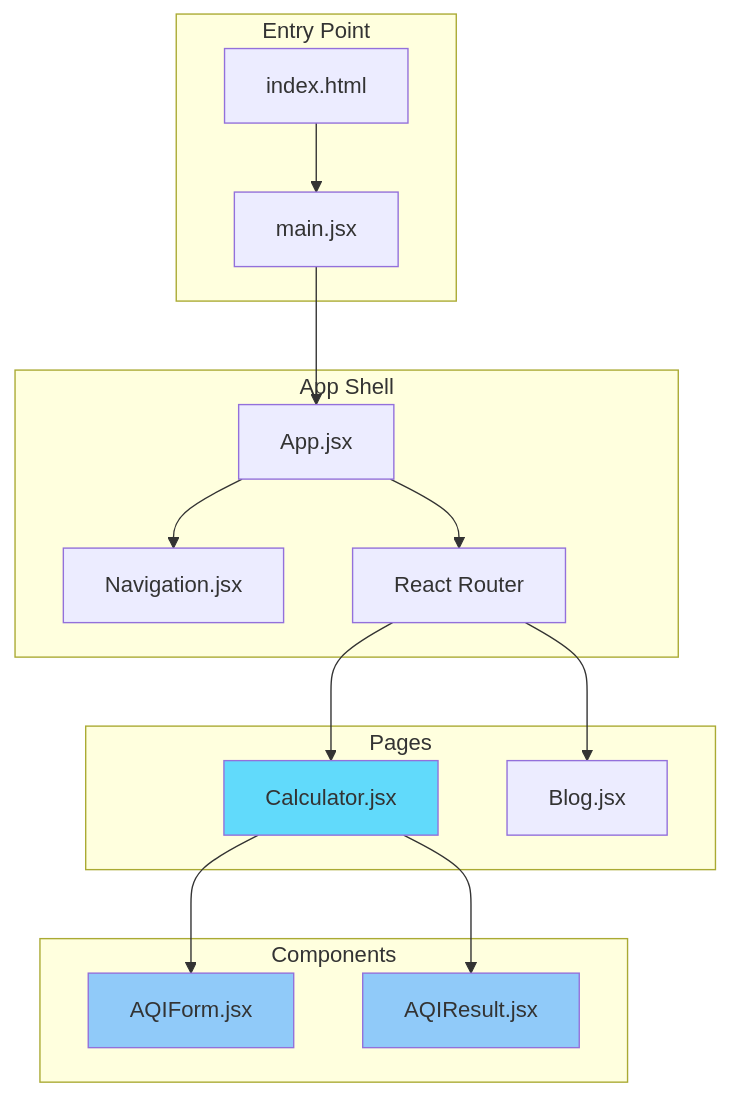
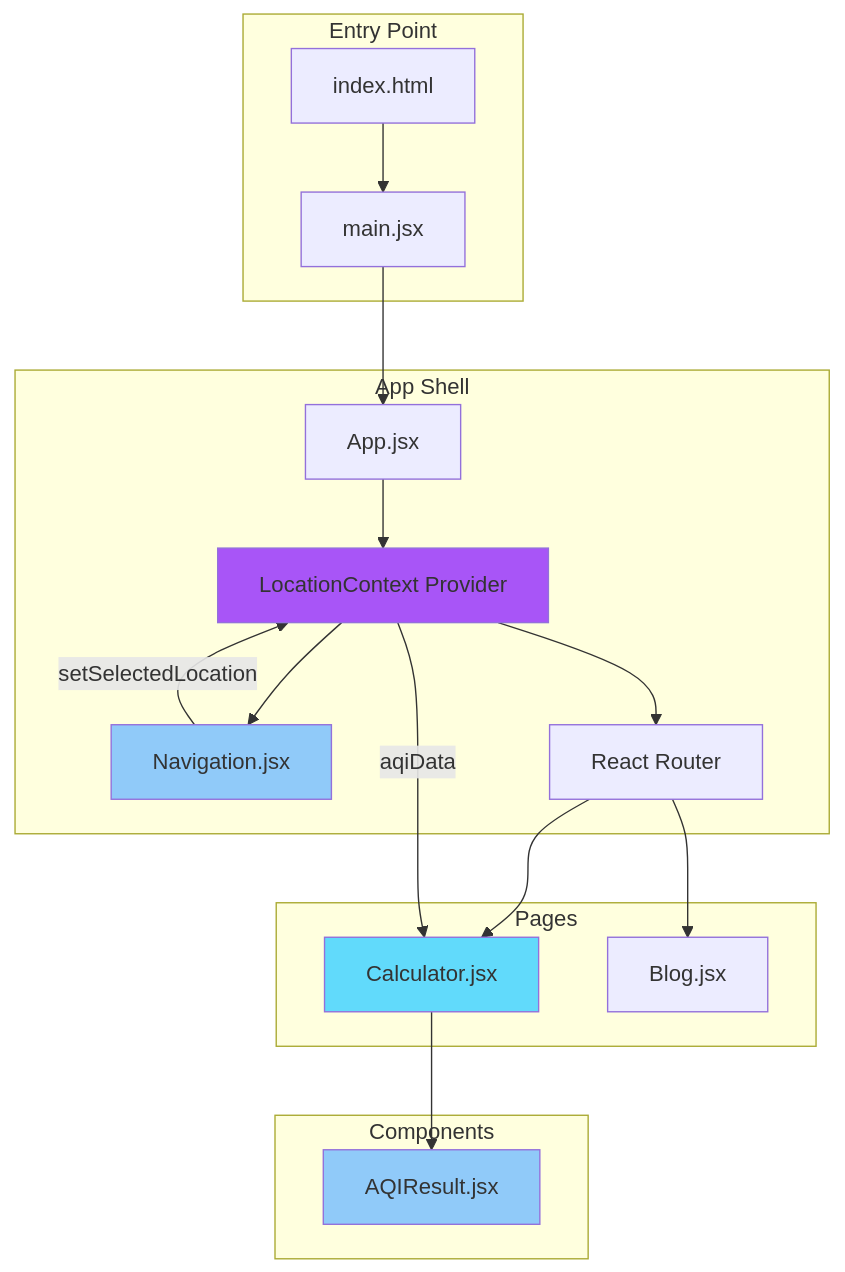
The first of 5 diagrams in frontend/README.md (theaiguy1987/aqi_app), drawn with Mermaid before and after one commit. The commit also changed other lines of this file and 14 other files, not shown here.

````diff
--- a/frontend/README.md
+++ b/frontend/README.md
@@ -34,36 +35,39 @@
 ```mermaid
 graph TB
     subgraph "Entry Point"
         HTML[index.html]
         MAIN[main.jsx]
     end
     
     subgraph "App Shell"
         APP[App.jsx]
+        CTX[LocationContext Provider]
         NAV[Navigation.jsx]
         ROUTER[React Router]
     end
     
     subgraph "Pages"
         CALC[Calculator.jsx]
         BLOG[Blog.jsx]
     end
     
     subgraph "Components"
-        FORM[AQIForm.jsx]
         RESULT[AQIResult.jsx]
     end
     
     HTML --> MAIN
     MAIN --> APP
-    APP --> NAV
-    APP --> ROUTER
+    APP --> CTX
+    CTX --> NAV
+    CTX --> ROUTER
     ROUTER --> CALC
     ROUTER --> BLOG
-    CALC --> FORM
     CALC --> RESULT
+    NAV -->|setSelectedLocation| CTX
+    CTX -->|aqiData| CALC
     
+    style CTX fill:#a855f7
     style CALC fill:#61dafb
-    style FORM fill:#90caf9
+    style NAV fill:#90caf9
     style RESULT fill:#90caf9
 ```
````
